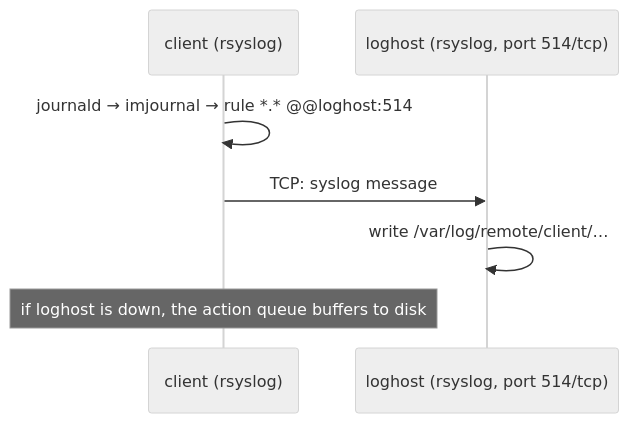
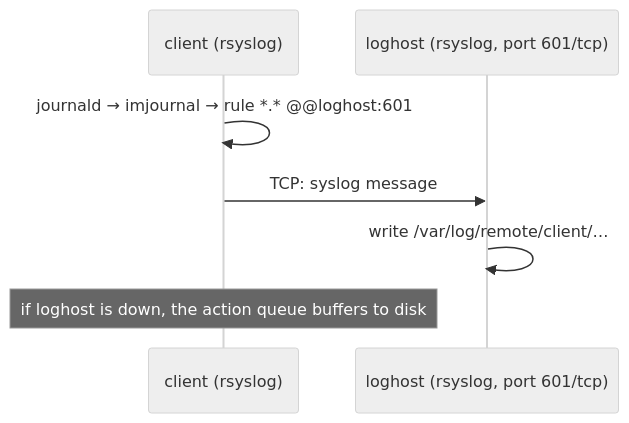
The third of 3 diagrams in content/08-logging-and-the-journal.md (ssimpson89/LinuxTrainingCourse), drawn with Mermaid (neutral theme) before and after one commit. The commit also changed other lines of this file and 3 other files, not shown here.

````diff
--- a/content/08-logging-and-the-journal.md
+++ b/content/08-logging-and-the-journal.md
@@ -607,9 +650,9 @@
 ```mermaid
 sequenceDiagram
     participant C as client (rsyslog)
-    participant S as loghost (rsyslog, port 514/tcp)
-    C->>C: journald → imjournal → rule *.* @@loghost:514
+    participant S as loghost (rsyslog, port 601/tcp)
+    C->>C: journald → imjournal → rule *.* @@loghost:601
     C->>S: TCP: syslog message
     S->>S: write /var/log/remote/client/…
     Note over C: if loghost is down, the action queue buffers to disk
 ```
````
